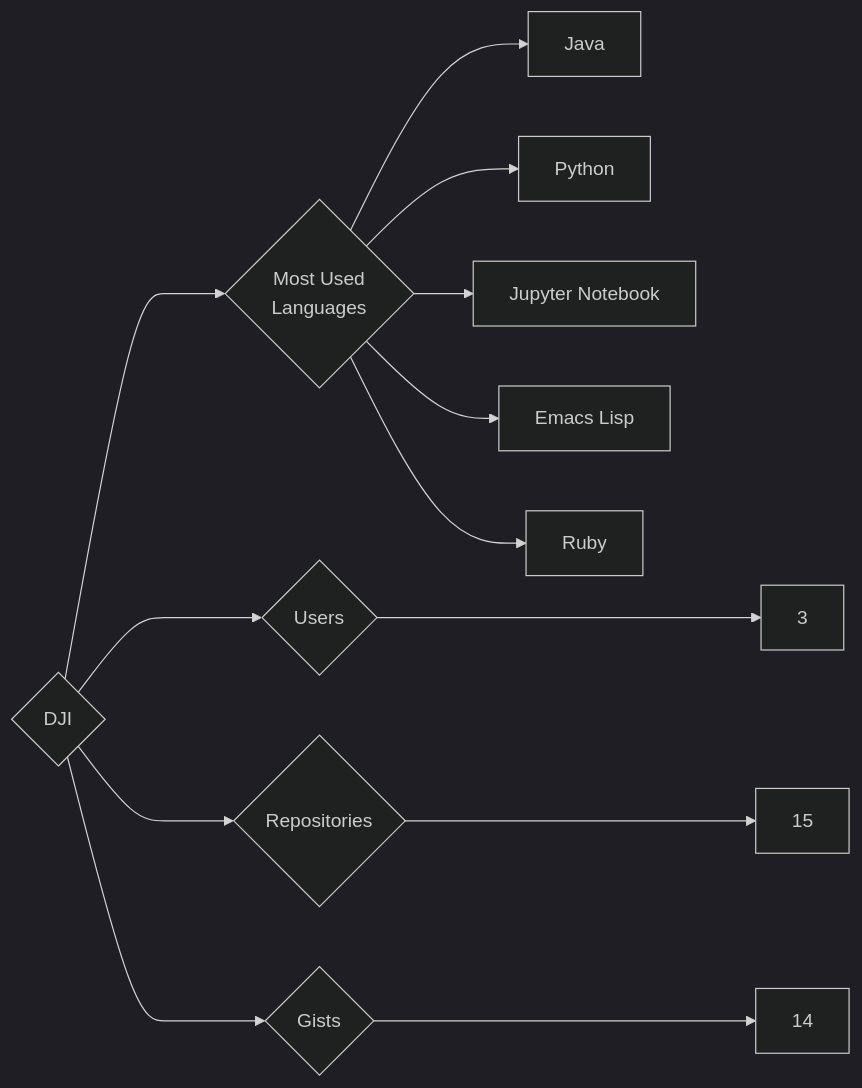
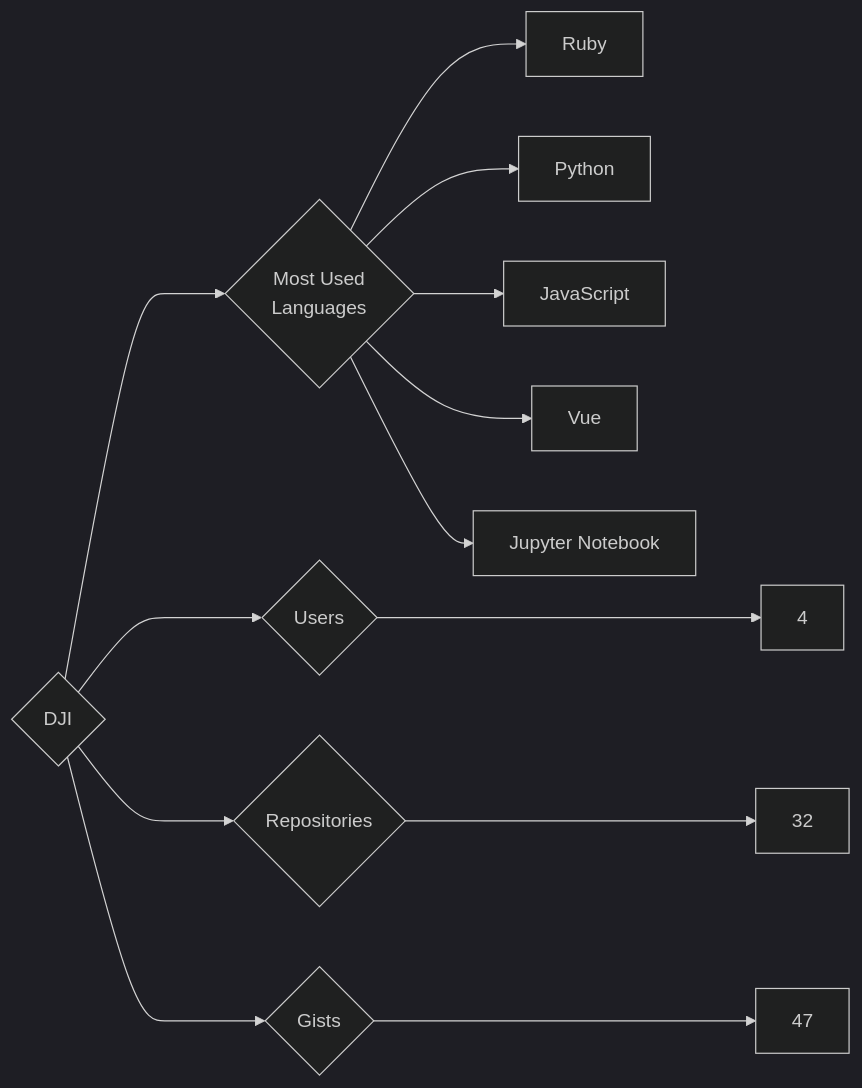
The diagram in targets/DJI/README.md (trickest/insiders), drawn with Mermaid (dark theme) before and after one commit. The commit also changed 993 other files, not shown here.

````diff
--- a/targets/DJI/README.md
+++ b/targets/DJI/README.md
@@ -3,13 +3,13 @@
 ```mermaid
 graph LR
 COMPANY_NAME{DJI}
-COMPANY_NAME ---> U{Users} ---> UN[3]
-COMPANY_NAME ---> R{Repositories} ---> RN[15]
-COMPANY_NAME ---> G{Gists} ---> GN[14]
+COMPANY_NAME ---> U{Users} ---> UN[4]
+COMPANY_NAME ---> R{Repositories} ---> RN[32]
+COMPANY_NAME ---> G{Gists} ---> GN[47]
 COMPANY_NAME ---> ML{Most Used<br>Languages}
-ML --> Java[Java]
+ML --> Ruby[Ruby]
 ML --> Python[Python]
+ML --> JavaScript[JavaScript]
+ML --> Vue[Vue]
 ML --> Jupyter_Notebook[Jupyter Notebook]
-ML --> Emacs_Lisp[Emacs Lisp]
-ML --> Ruby[Ruby]
 ```
````
